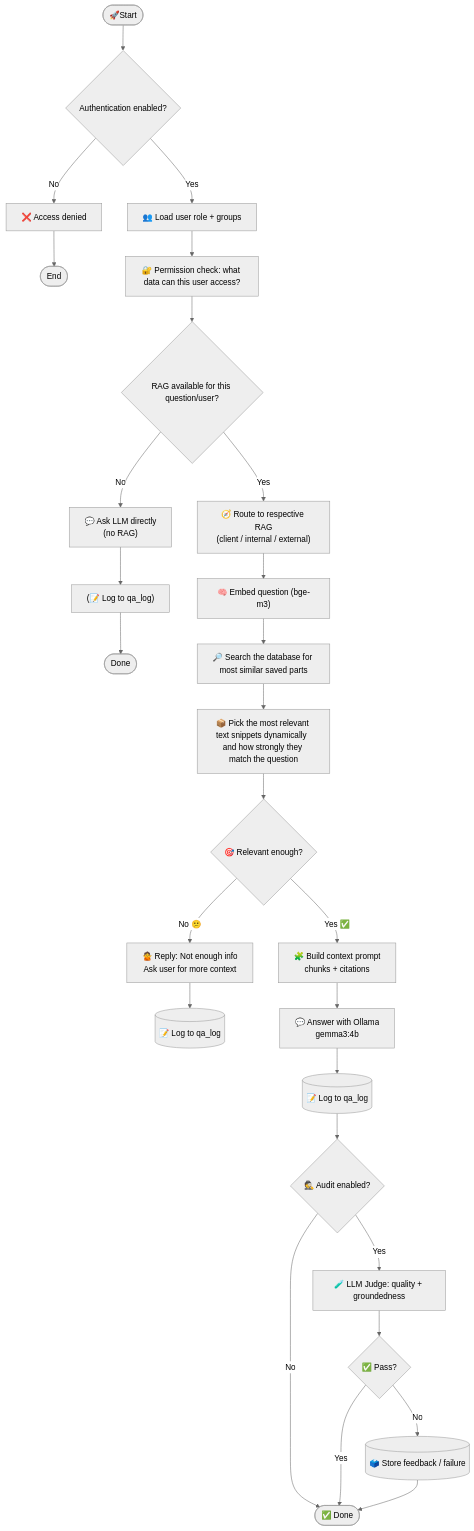
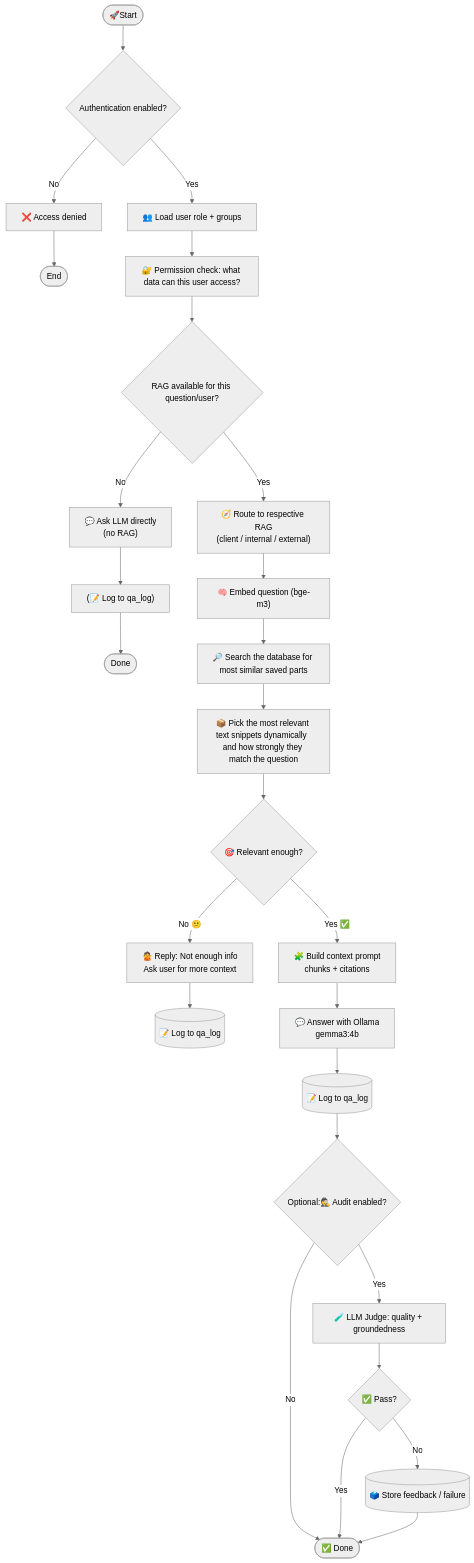
One commit to LauraAva/rag-ollama-set-up changed the second of 3 diagrams in docs/PROCESS_VISUALIZATION_NEW.md. Above: the diagram before and after it, drawn with Mermaid (neutral theme).

````diff
--- a/docs/PROCESS_VISUALIZATION_NEW.md
+++ b/docs/PROCESS_VISUALIZATION_NEW.md
@@ -28,48 +28,48 @@
 ```mermaid
 flowchart TD
 
   START([🚀Start]) --> AUTH{Authentication enabled?}
 
   AUTH -- "No" --> DENY[❌ Access denied] --> END0([End])
 
   AUTH -- "Yes" --> ROLE[👥 Load user role + groups]
   ROLE --> PERM[🔐 Permission check: what data can this user access?]
 
   PERM --> HASRAG{RAG available for this question/user?}
 
   HASRAG -- "No" --> LLMONLY["💬 Ask LLM directly<br/>(no RAG)"]
   LLMONLY --> LOG0["(📝 Log to qa_log)"]
   LOG0 --> END([Done])
 
   HASRAG -- "Yes" --> ROUTE["🧭 Route to respective RAG<br/>(client / internal / external)"]
 
   %% --- RAG Retrieval + Relevancy Gate ---
   ROUTE --> Q["🧠 Embed question (bge-m3)"]
   Q --> S[🔎 Search the database for most similar saved parts]
   S --> R[📦 Pick the most relevant text snippets dynamically  and how strongly they match the question]
 
   R --> G{🎯 Relevant enough?}
 
   %% Not relevant path
   G -- "No 😕" --> N[🙅 Reply: Not enough info<br/>Ask user for more context]
   N --> L1[(📝 Log to qa_log)]
   classDef animate stroke-dasharray: 9,5,stroke-dashoffset: 900,animation: dash 25s linear infinite;
   class e1 animate
 
   %% Relevant path
   G -- "Yes ✅" --> C[🧩 Build context prompt<br/>chunks + citations]
   C --> A[💬 Answer with Ollama<br/>gemma3:4b]
   A --> L2[(📝 Log to qa_log)]
 
   %% --- Optional audit ---
-  L2 --> AU{🕵️ Audit enabled?}
+  L2 --> AU{Optional:🕵️ Audit enabled?}
   AU -- "No" --> DONE([✅ Done])
 
   AU -- "Yes" --> J[🧪 LLM Judge: quality + groundedness]
   J --> V{✅ Pass?}
 
   V -- "Yes" --> DONE
   V -- "No" --> F[(🗳️ Store feedback / failure)]
   F --> DONE
 
 ```
````
